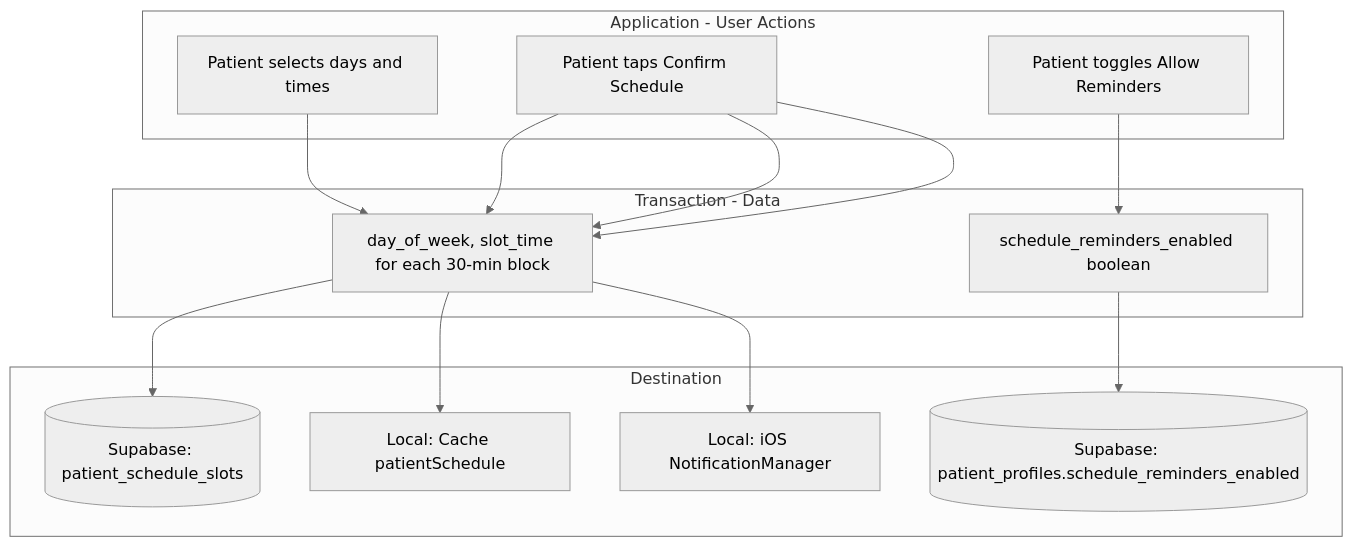
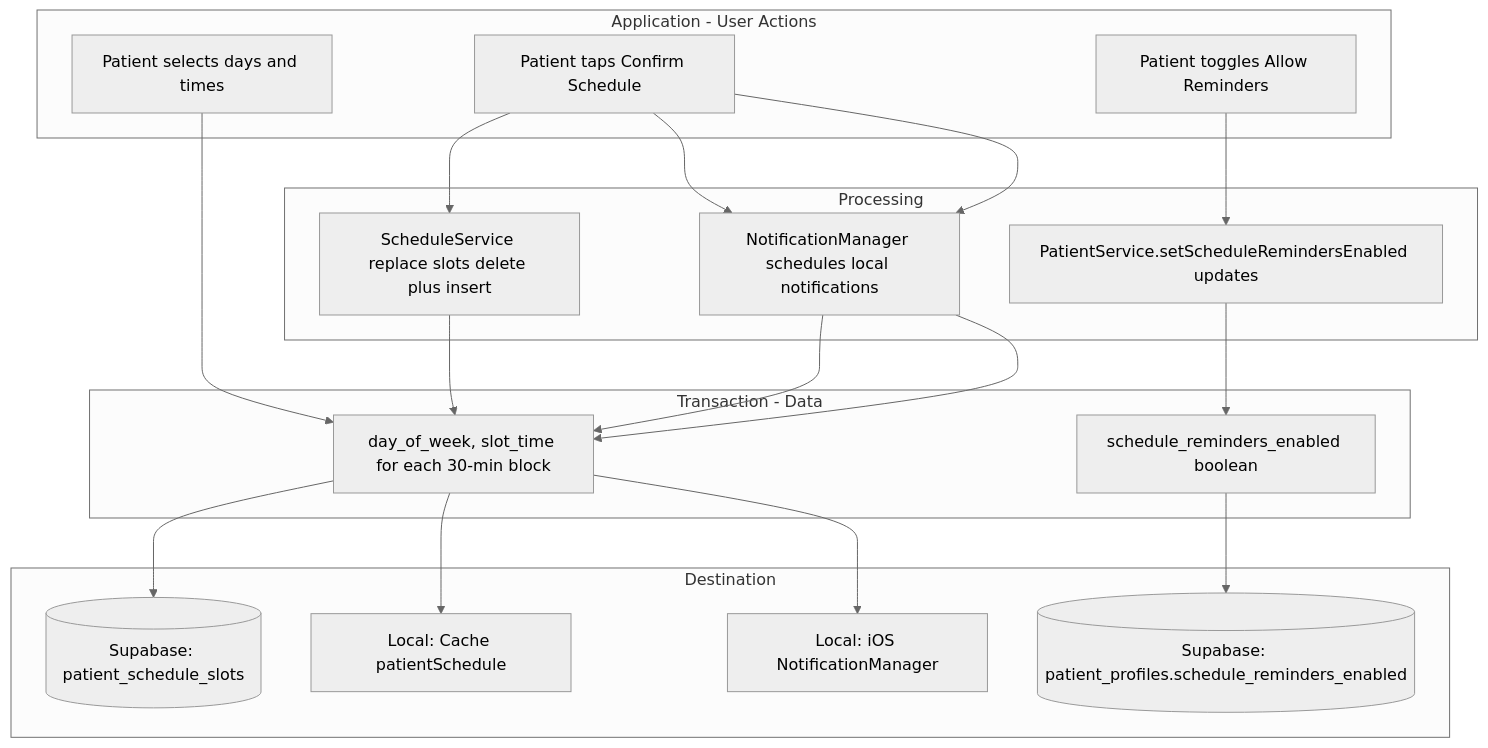
The third of 4 diagrams in docs/DATA_FLOW.md (seanja5/realrehab-mvp), drawn with Mermaid (neutral theme) before and after one commit. The commit also changed other lines of this file and 1 other file, not shown here.

Commit message:
Add data flow docs with Processing, Bucket F sensor insights

````diff
--- a/docs/DATA_FLOW.md
+++ b/docs/DATA_FLOW.md
@@ -172,26 +194,32 @@
 ```mermaid
 flowchart TB
     subgraph app3 [Application - User Actions]
         A3A[Patient selects days and times]
         A3B[Patient taps Confirm Schedule]
         A3C[Patient toggles Allow Reminders]
+    end
+
+    subgraph proc3 [Processing]
+        P3A[ScheduleService replace slots delete plus insert]
+        P3B[PatientService.setScheduleRemindersEnabled updates]
+        P3C[NotificationManager schedules local notifications]
     end
 
     subgraph tx3 [Transaction - Data]
         T3A[day_of_week, slot_time for each 30-min block]
         T3B[schedule_reminders_enabled boolean]
     end
 
     subgraph dest3 [Destination]
         D3A[(Supabase: patient_schedule_slots)]
         D3B[(Supabase: patient_profiles.schedule_reminders_enabled)]
         D3C[Local: Cache patientSchedule]
         D3D[Local: iOS NotificationManager]
     end
 
     A3A --> T3A
-    A3B --> T3A --> D3A
-    A3B --> T3A --> D3C
-    A3B --> T3A --> D3D
-    A3C --> T3B --> D3B
+    A3B --> P3A --> T3A --> D3A
+    A3B --> P3C --> T3A --> D3C
+    A3B --> P3C --> T3A --> D3D
+    A3C --> P3B --> T3B --> D3B
 ```
````
